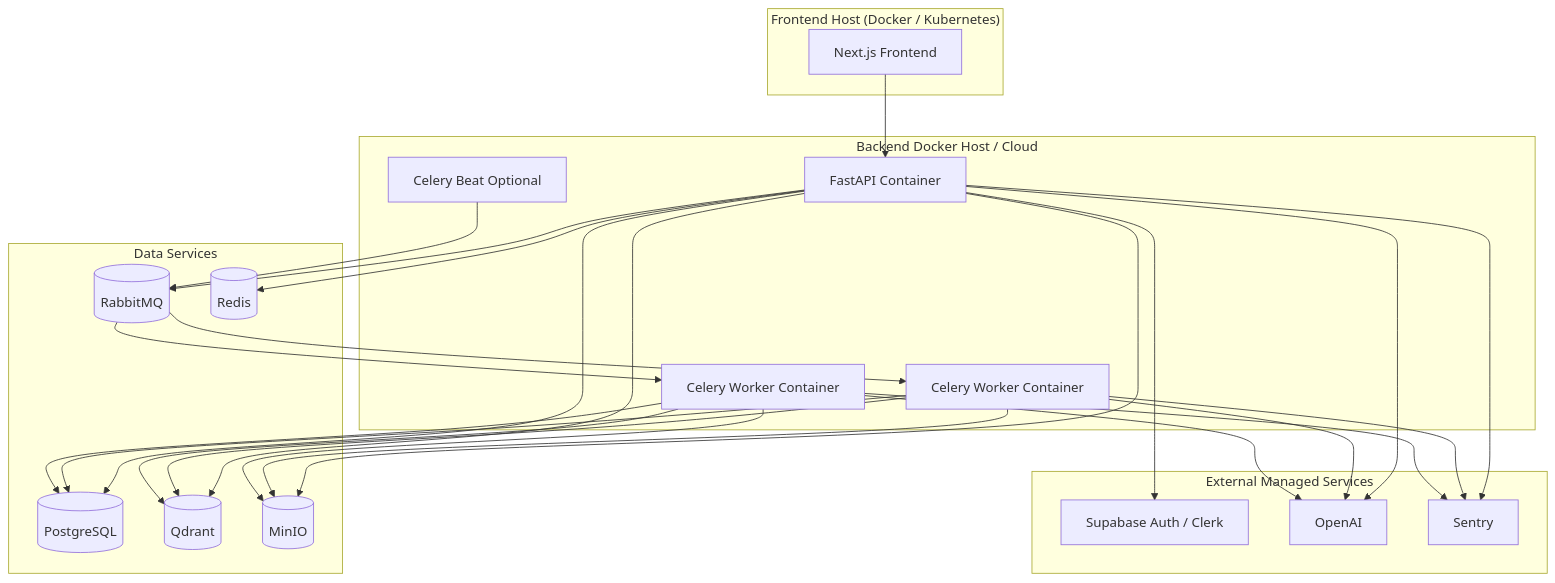
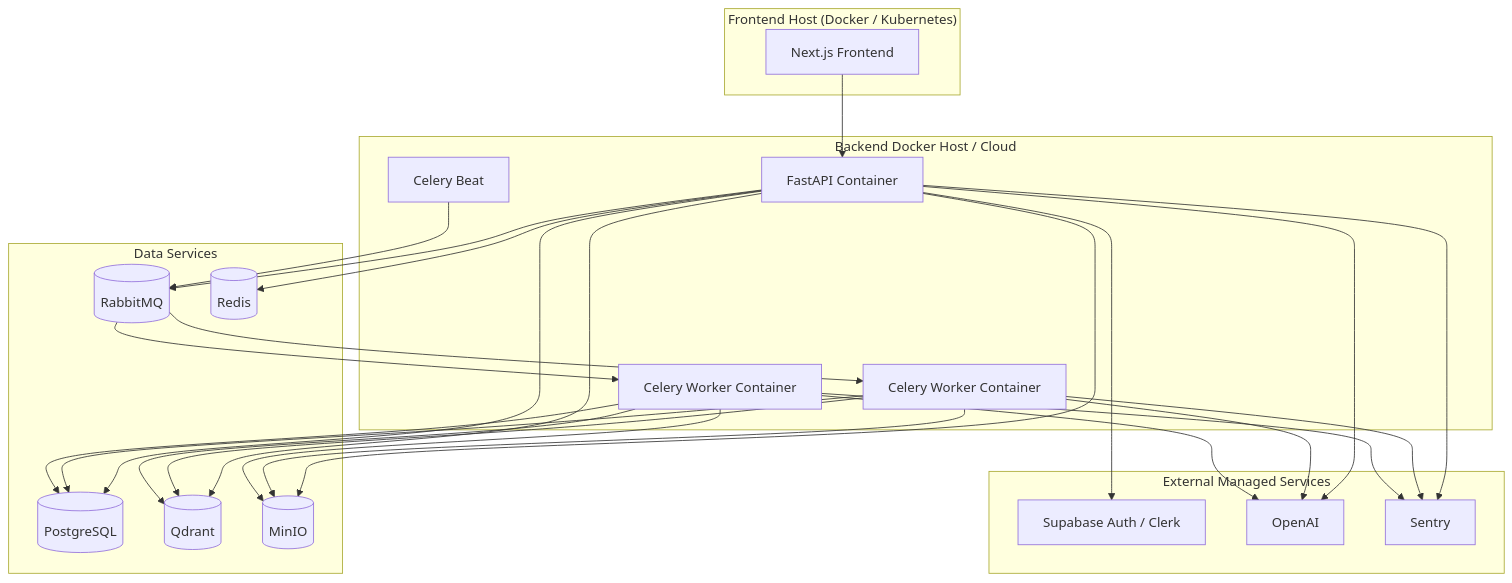
The second of 6 diagrams in docs/04_COMPONENT_DIAGRAMS.md (meghrazchi/rudix), drawn with Mermaid before and after one commit. The commit also changed 16 other files, not shown here.

````diff
--- a/docs/04_COMPONENT_DIAGRAMS.md
+++ b/docs/04_COMPONENT_DIAGRAMS.md
@@ -99,53 +99,53 @@
 ```mermaid
 flowchart TD
     subgraph FrontendHost["Frontend Host (Docker / Kubernetes)"]
         FE[Next.js Frontend]
     end
 
     subgraph BackendHost["Backend Docker Host / Cloud"]
         API[FastAPI Container]
         Worker1[Celery Worker Container]
         Worker2[Celery Worker Container]
-        Beat[Celery Beat Optional]
+        Beat[Celery Beat]
     end
 
     subgraph DataHost["Data Services"]
         PG[(PostgreSQL)]
         QD[(Qdrant)]
         MO[(MinIO)]
         RMQ[(RabbitMQ)]
         RD[(Redis)]
     end
 
     subgraph External["External Managed Services"]
         Auth[Supabase Auth / Clerk]
         OpenAI[OpenAI]
         Sentry[Sentry]
     end
 
     FE --> API
     API --> Auth
     API --> PG
     API --> QD
     API --> MO
     API --> RMQ
     API --> RD
     API --> OpenAI
     API --> Sentry
 
     RMQ --> Worker1
     RMQ --> Worker2
     Worker1 --> PG
     Worker1 --> QD
     Worker1 --> MO
     Worker1 --> OpenAI
     Worker1 --> Sentry
 
     Worker2 --> PG
     Worker2 --> QD
     Worker2 --> MO
     Worker2 --> OpenAI
     Worker2 --> Sentry
 
     Beat --> RMQ
 ```
````
